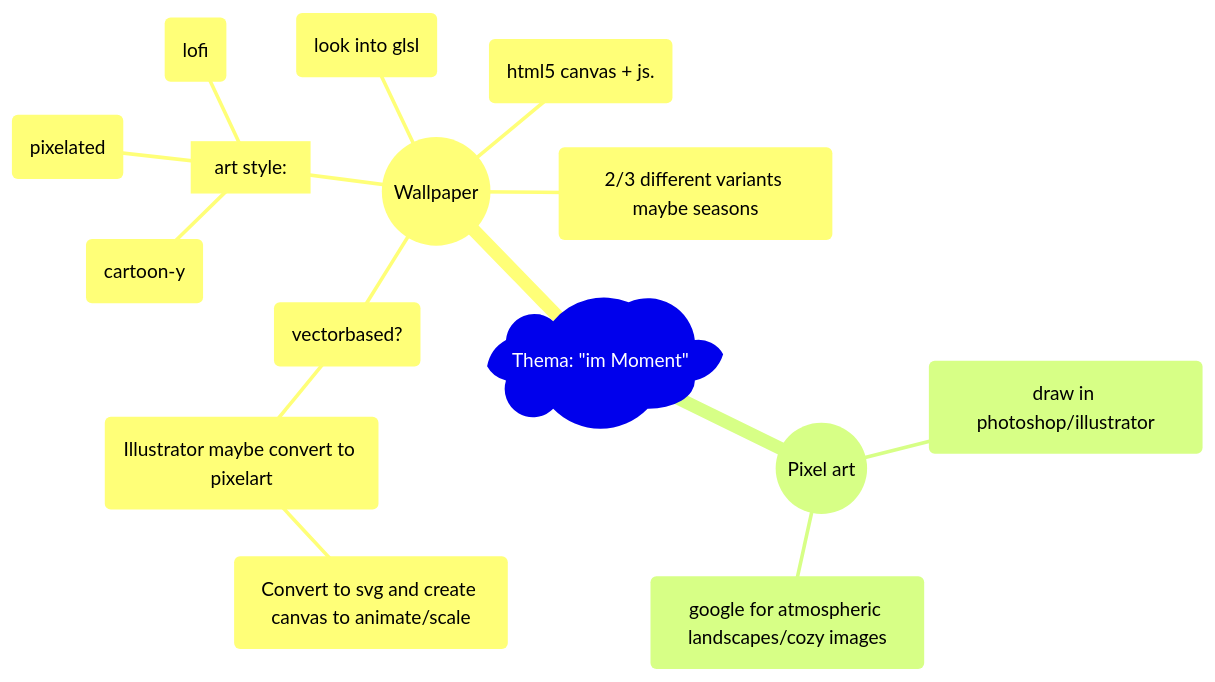
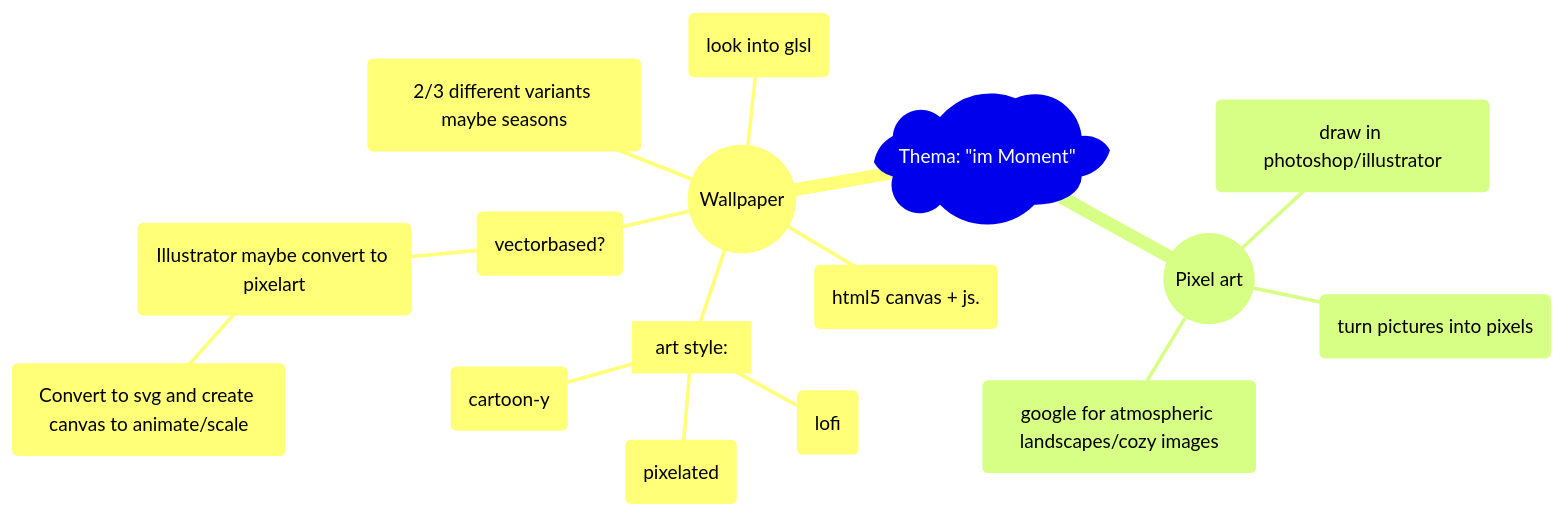
One commit to flononymus/im-Moment-enzian- changed the diagram in README.md. Above: the diagram before and after it, drawn with Mermaid. The commit also changed other lines of this file and 2 other files, not shown here.

````diff
--- a/README.md
+++ b/README.md
@@ -34,28 +33,30 @@
 ```mermaid
 mindmap
     )Thema: "im Moment"(
 
         ((Wallpaper))
             (vectorbased?)
                 (Illustrator maybe convert to pixelart)
                     (Convert to svg and create canvas to animate/scale)
 
             [art style:] 
                 (cartoon-y)
                 (pixelated)
                 ("lofi")
 
             (2/3 different variants maybe seasons)
 
             (look into glsl)
 
             (html5 canvas + js.)
 
         ((Pixel art))
 
             (draw in photoshop/illustrator)
 
+            (turn pictures into pixels)
+
             (google for atmospheric landscapes/cozy images)
 
 
 ```
````
